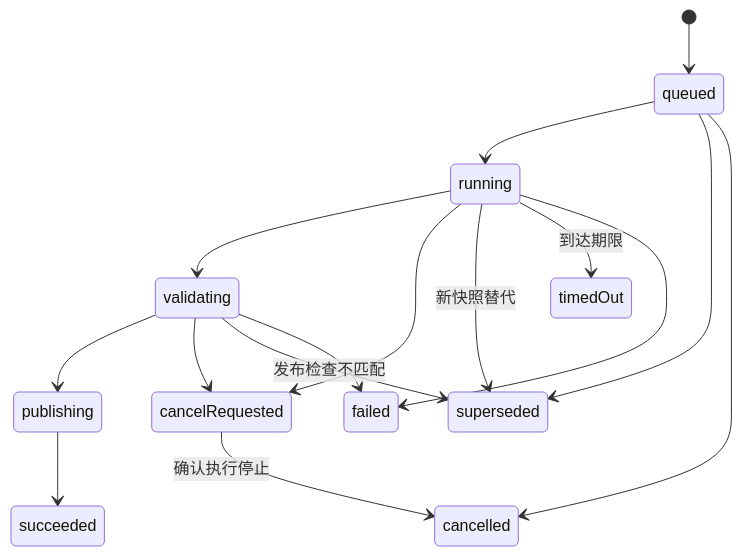
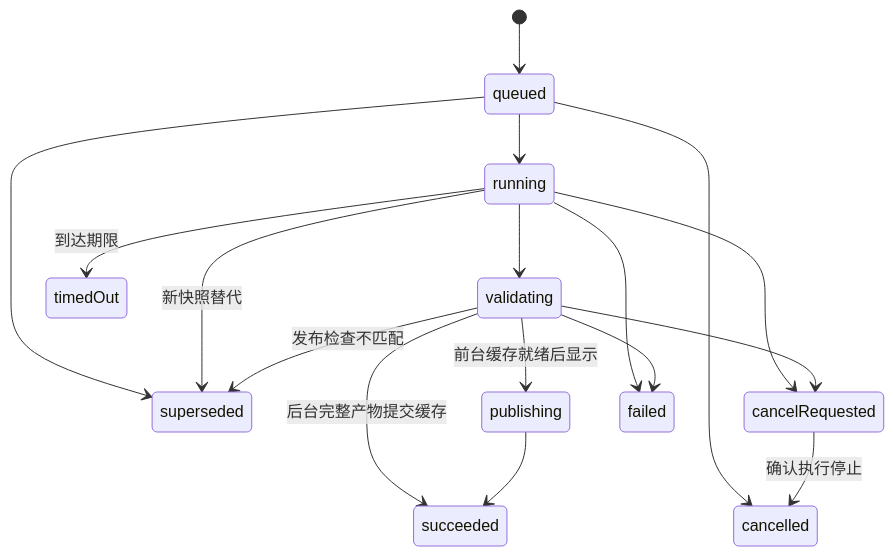
One commit to Lazyn0tBug/Marklflow changed the second of 2 diagrams in docs/design/architecture-refactor-plan-2026-10-25.md. Above: the diagram before and after it, drawn with Mermaid. The commit also changed other lines of this file and 7 other files, not shown here.

````diff
--- a/docs/design/architecture-refactor-plan-2026-10-25.md
+++ b/docs/design/architecture-refactor-plan-2026-10-25.md
@@ -193,18 +197,19 @@
 ```mermaid
 stateDiagram-v2
  [*] --> queued
  queued --> running
  queued --> superseded
  queued --> cancelled
  running --> validating
- validating --> publishing
+ validating --> succeeded: 后台完整产物提交缓存
+ validating --> publishing: 前台缓存就绪后显示
  publishing --> succeeded
  running --> cancelRequested
  validating --> cancelRequested
  cancelRequested --> cancelled: 确认执行停止
  running --> superseded: 新快照替代
  validating --> superseded: 发布检查不匹配
  running --> timedOut: 到达期限
  running --> failed
  validating --> failed
 ```
````
